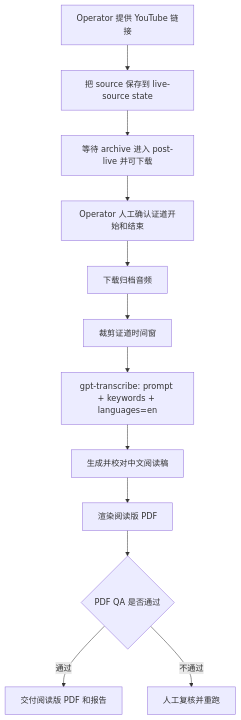
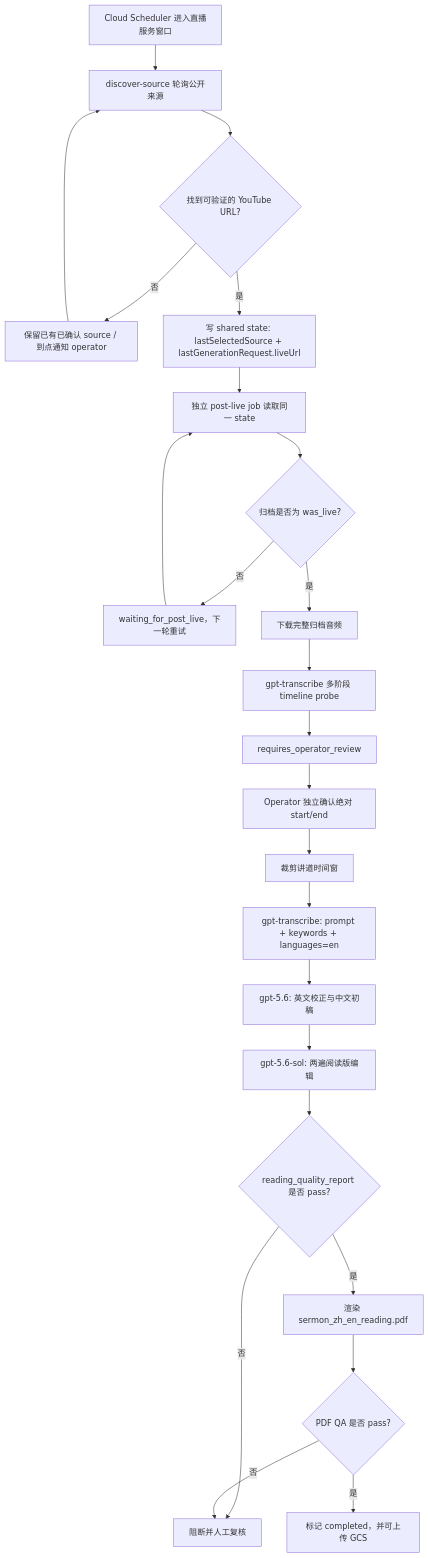
One commit to JonathanJing/sermon-video-zh-subtitles changed the diagram in README.zh.md. Above: the diagram before and after it, drawn with Mermaid. The commit also changed other lines of this file and 171 other files, not shown here.

````diff
--- a/README.zh.md
+++ b/README.zh.md
@@ -39,14 +50,26 @@
 ```mermaid
 flowchart TD
-    A[Operator 提供 YouTube 链接] --> B[把 source 保存到 live-source state]
-    B --> C[等待 archive 进入 post-live 并可下载]
-    C --> D[Operator 人工确认证道开始和结束]
-    D --> E[下载归档音频]
-    E --> F[裁剪证道时间窗]
-    F --> G["gpt-transcribe: prompt + keywords + languages=en"]
-    G --> H[生成并校对中文阅读稿]
-    H --> I[渲染阅读版 PDF]
-    I --> J{PDF QA 是否通过}
-    J -- 通过 --> K[交付阅读版 PDF 和报告]
-    J -- 不通过 --> L[人工复核并重跑]
+    A[Cloud Scheduler 进入直播服务窗口] --> B[discover-source 轮询公开来源]
+    B --> C{找到可验证的 YouTube URL?}
+    C -- 否 --> D[保留已有已确认 source / 到点通知 operator]
+    C -- 是 --> E["写 shared state: lastSelectedSource + lastGenerationRequest.liveUrl"]
+    D --> B
+    E --> F[独立 post-live job 读取同一 state]
+    F --> G{归档是否为 was_live?}
+    G -- 否 --> H[waiting_for_post_live，下一轮重试]
+    H --> F
+    G -- 是 --> I[下载完整归档音频]
+    I --> J[gpt-transcribe 多阶段 timeline probe]
+    J --> K[requires_operator_review]
+    K --> L[Operator 独立确认绝对 start/end]
+    L --> M[裁剪讲道时间窗]
+    M --> N["gpt-transcribe: prompt + keywords + languages=en"]
+    N --> O["gpt-5.6: 英文校正与中文初稿"]
+    O --> P["gpt-5.6-sol: 两遍阅读版编辑"]
+    P --> Q{reading_quality_report 是否 pass?}
+    Q -- 否 --> R[阻断并人工复核]
+    Q -- 是 --> S[渲染 sermon_zh_en_reading.pdf]
+    S --> T{PDF QA 是否 pass?}
+    T -- 否 --> R
+    T -- 是 --> U[标记 completed，并可上传 GCS]
 ```
````
